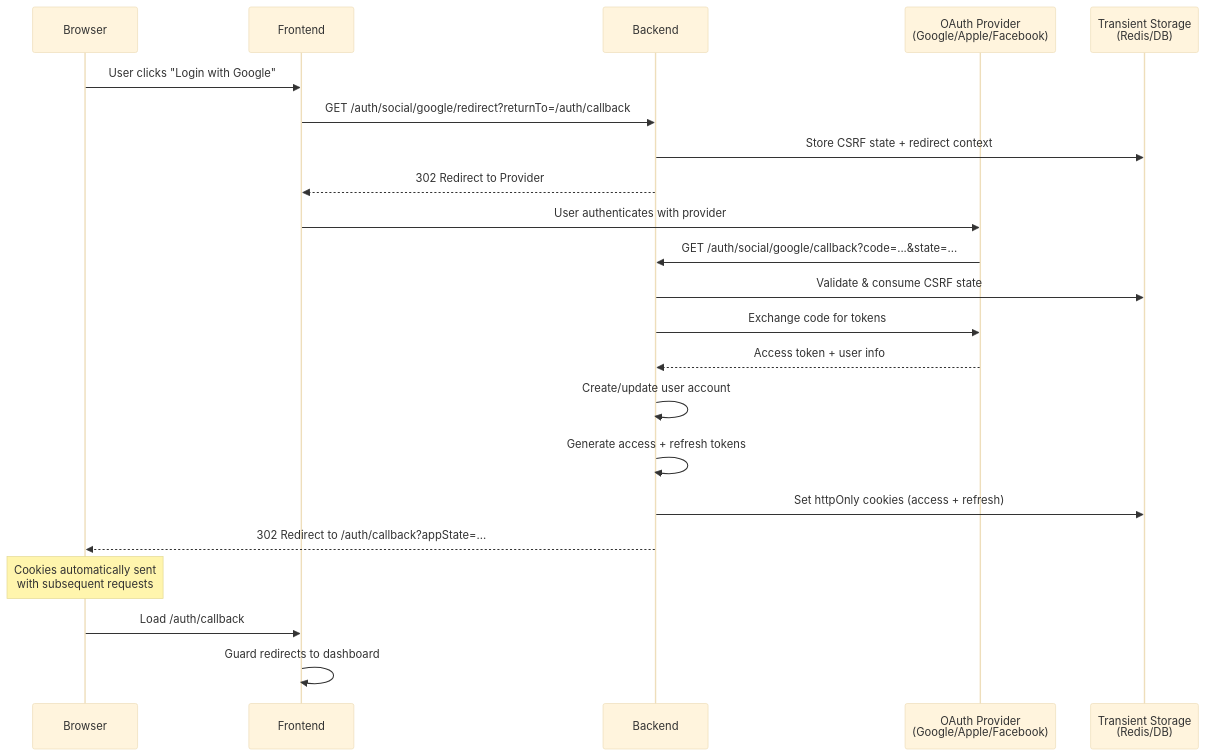
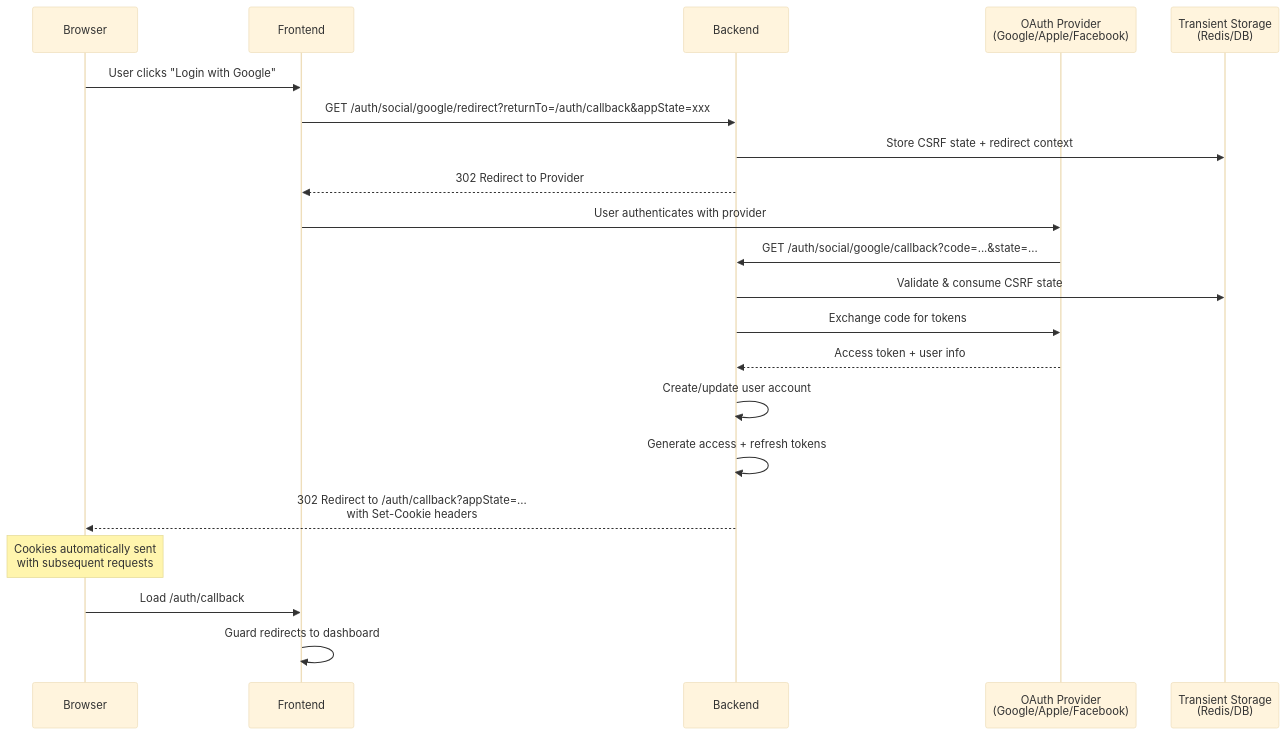
The first of 3 diagrams in nauth-docs/docs/features/social-login.md (noorixorg/nauth-toolkit), drawn with Mermaid (base theme) before and after one commit. The commit also changed other lines of this file and 66 other files, not shown here.

````diff
--- a/nauth-docs/docs/features/social-login.md
+++ b/nauth-docs/docs/features/social-login.md
@@ -258,25 +32,24 @@
 ```mermaid
 sequenceDiagram
     participant Browser
     participant Frontend
     participant Backend
     participant Provider as OAuth Provider<br/>(Google/Apple/Facebook)
     participant Storage as Transient Storage<br/>(Redis/DB)
 
     Browser->>Frontend: User clicks "Login with Google"
-    Frontend->>Backend: GET /auth/social/google/redirect?returnTo=/auth/callback
+    Frontend->>Backend: GET /auth/social/google/redirect?returnTo=/auth/callback&appState=xxx
     Backend->>Storage: Store CSRF state + redirect context
     Backend-->>Frontend: 302 Redirect to Provider
     Frontend->>Provider: User authenticates with provider
     Provider->>Backend: GET /auth/social/google/callback?code=...&state=...
     Backend->>Storage: Validate & consume CSRF state
     Backend->>Provider: Exchange code for tokens
     Provider-->>Backend: Access token + user info
     Backend->>Backend: Create/update user account
     Backend->>Backend: Generate access + refresh tokens
-    Backend->>Storage: Set httpOnly cookies (access + refresh)
-    Backend-->>Browser: 302 Redirect to /auth/callback?appState=...
+    Backend-->>Browser: 302 Redirect to /auth/callback?appState=...<br/>with Set-Cookie headers
     Note over Browser: Cookies automatically sent<br/>with subsequent requests
     Browser->>Frontend: Load /auth/callback
     Frontend->>Frontend: Guard redirects to dashboard
 ```
````
